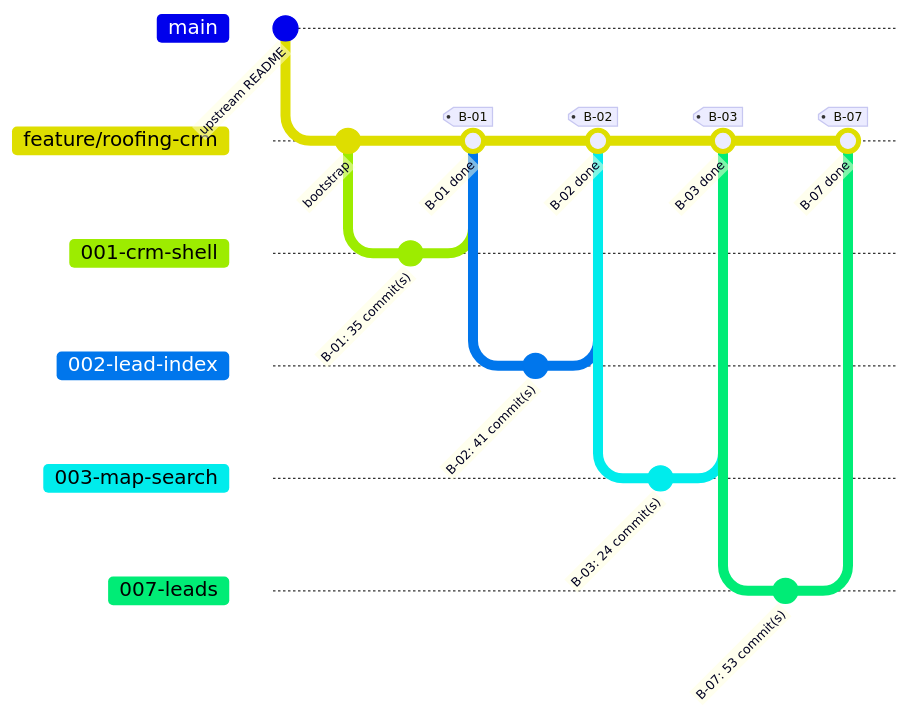
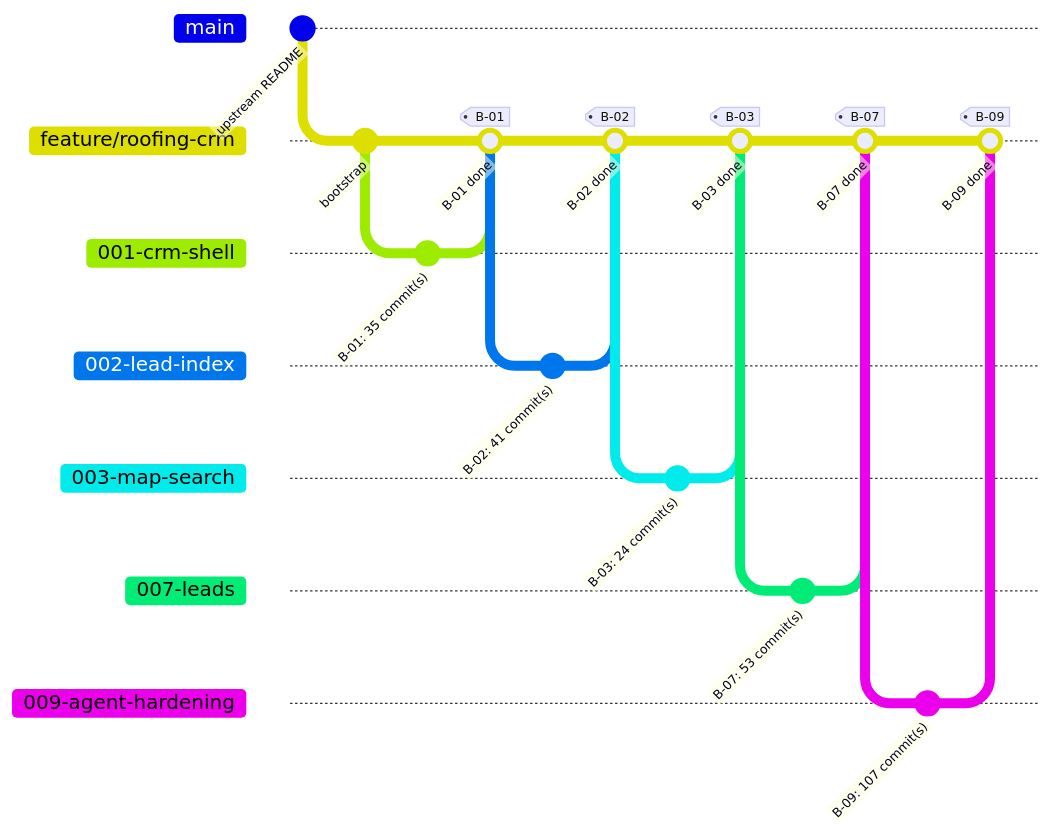
One commit to HebaGaber/roofing-crm changed the second of 2 diagrams in docs/progress.md. Above: the diagram before and after it, drawn with Mermaid. The commit also changed other lines of this file, not shown here.

Commit message:
B-09: progress updated after the merge (5 of 5 stories done)

````diff
--- a/docs/progress.md
+++ b/docs/progress.md
@@ -19,23 +19,27 @@
 ```mermaid
 %%{init: { 'gitGraph': { 'mainBranchName': 'main', 'showCommitLabel': true } } }%%
 gitGraph
   commit id: "upstream README"
   branch "feature/roofing-crm"
   commit id: "bootstrap"
   branch "001-crm-shell"
   commit id: "B-01: 35 commit(s)"
   checkout "feature/roofing-crm"
   merge "001-crm-shell" id: "B-01 done" tag: "B-01"
   branch "002-lead-index"
   commit id: "B-02: 41 commit(s)"
   checkout "feature/roofing-crm"
   merge "002-lead-index" id: "B-02 done" tag: "B-02"
   branch "003-map-search"
   commit id: "B-03: 24 commit(s)"
   checkout "feature/roofing-crm"
   merge "003-map-search" id: "B-03 done" tag: "B-03"
   branch "007-leads"
   commit id: "B-07: 53 commit(s)"
   checkout "feature/roofing-crm"
   merge "007-leads" id: "B-07 done" tag: "B-07"
+  branch "009-agent-hardening"
+  commit id: "B-09: 107 commit(s)"
+  checkout "feature/roofing-crm"
+  merge "009-agent-hardening" id: "B-09 done" tag: "B-09"
 ```
````
